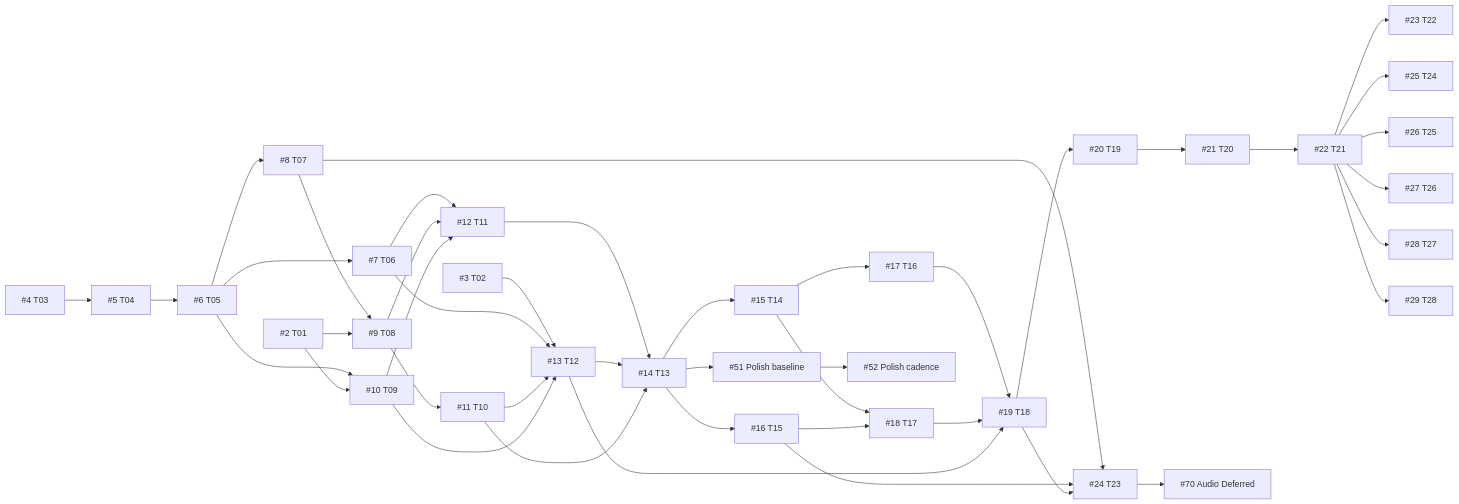
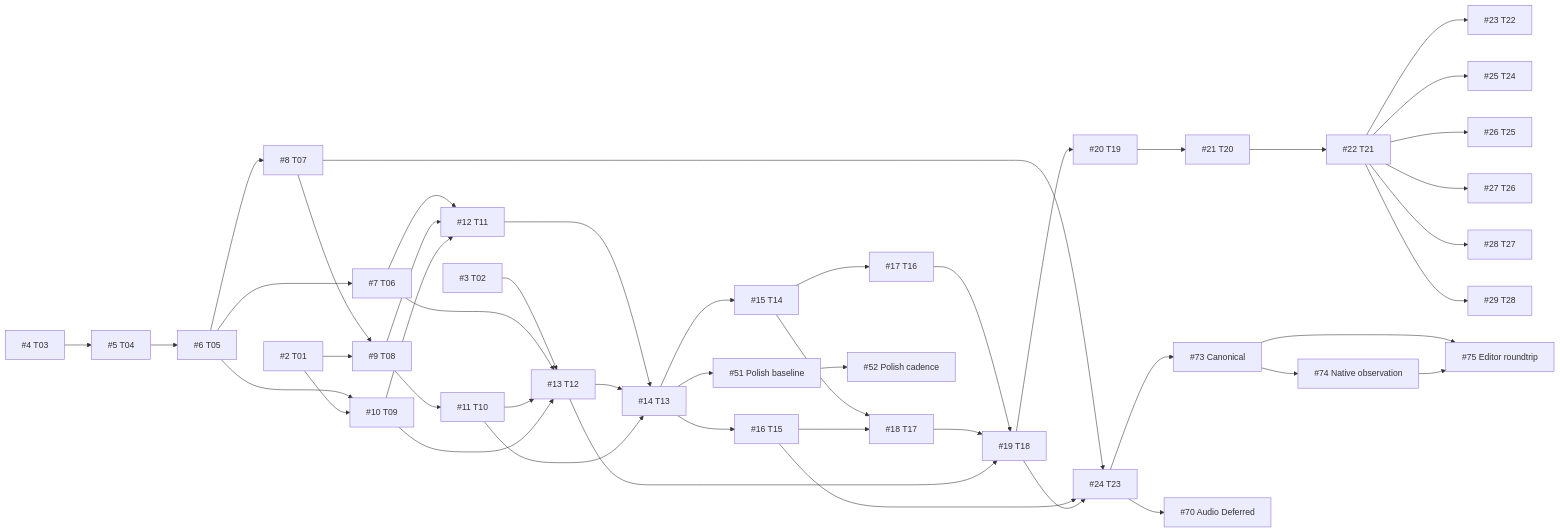
Before and after one commit to hoangnb24/learn-spine: the diagram in docs/product/execution-plan.md, drawn with Mermaid. The commit also changed other lines of this file and 5 other files, not shown here.

````diff
--- a/docs/product/execution-plan.md
+++ b/docs/product/execution-plan.md
@@ -84,73 +87,77 @@
 ```mermaid
 flowchart LR
     T01["#2 T01"]
     T02["#3 T02"]
     T03["#4 T03"]
     T04["#5 T04"]
     T05["#6 T05"]
     T06["#7 T06"]
     T07["#8 T07"]
     T08["#9 T08"]
     T09["#10 T09"]
     T10["#11 T10"]
     T11["#12 T11"]
     T12["#13 T12"]
     T13["#14 T13"]
     T14["#15 T14"]
     T15["#16 T15"]
     T16["#17 T16"]
     T17["#18 T17"]
     T18["#19 T18"]
     T19["#20 T19"]
     T20["#21 T20"]
     T21["#22 T21"]
     T22["#23 T22"]
     T23["#24 T23"]
     T24["#25 T24"]
     T25["#26 T25"]
     T26["#27 T26"]
     T27["#28 T27"]
     T28["#29 T28"]
     T03 --> T04
     T04 --> T05
     T05 --> T06
     T05 --> T07
     T07 --> T08
     T01 --> T08
     T05 --> T09
     T01 --> T09
     T08 --> T10
     T06 --> T11
     T08 --> T11
     T09 --> T11
     T02 --> T12
     T06 --> T12
     T10 --> T12
     T09 --> T12
     T11 --> T13
     T12 --> T13
     T10 --> T13
     T13 --> T29["#51 Polish baseline"]
     T29 --> T30["#52 Polish cadence"]
     T13 --> T14
     T13 --> T15
     T14 --> T16
     T14 --> T17
     T15 --> T17
     T16 --> T18
     T17 --> T18
     T12 --> T18
     T18 --> T19
     T19 --> T20
     T20 --> T21
     T21 --> T22
     T07 --> T23
     T15 --> T23
     T18 --> T23
+    T23 --> COMP_A["#73 Canonical"]
+    COMP_A --> COMP_B["#74 Native observation"]
+    COMP_A --> COMP_C["#75 Editor roundtrip"]
+    COMP_B --> COMP_C
     T23 --> AUDIO["#70 Audio Deferred"]
     T21 --> T24
     T21 --> T25
     T21 --> T26
     T21 --> T27
     T21 --> T28
 ```
````
